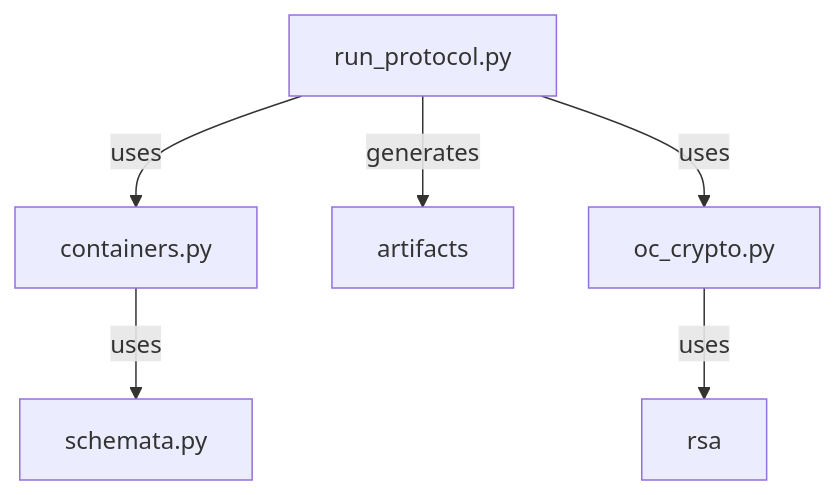
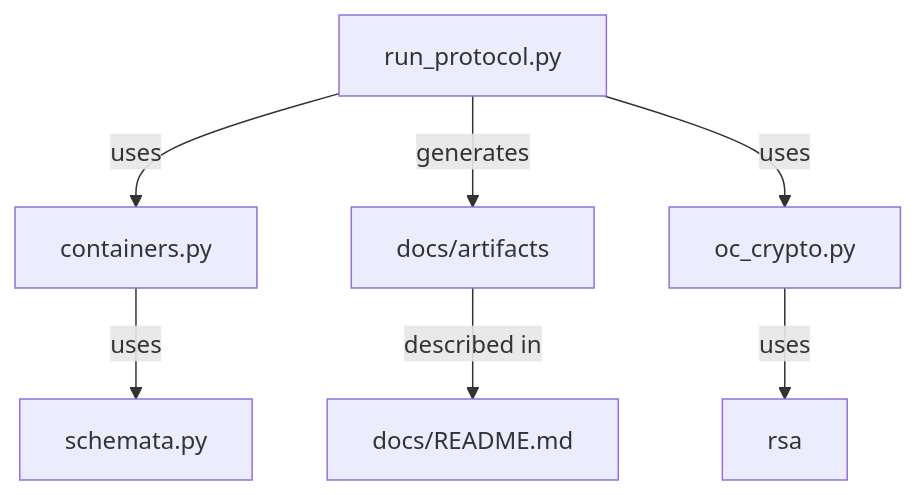
The diagram in v4/README.md (OpenCoin/opencoin-playground), drawn with Mermaid before and after one commit. The commit also changed other lines of this file and 1 other file, not shown here.

Commit message:
Link docs/README.md

````diff
--- a/v4/README.md
+++ b/v4/README.md
@@ -9,7 +9,9 @@
 ```mermaid
 flowchart TD
 
+
 run_protocol.py--uses-->containers.py--uses-->schemata.py
-run_protocol.py--generates-->artifacts
+run_protocol.py--generates-->artifacts[docs/artifacts]
 run_protocol.py--uses-->oc_crypto.py--uses-->rsa
+artifacts --described in--> readme[docs/README.md]
 ```
````
